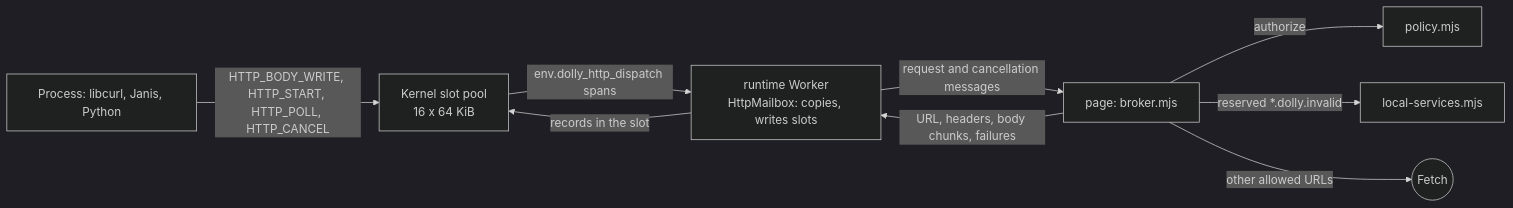
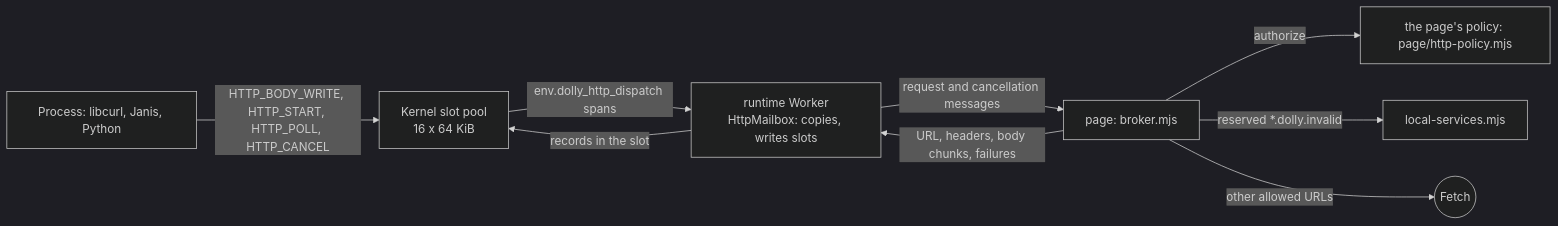
The diagram in docs/http.md (daugasauron/dolly), drawn with Mermaid (dark theme) before and after one commit. The commit also changed other lines of this file and 371 other files, not shown here.

````diff
--- a/docs/http.md
+++ b/docs/http.md
@@ -8,11 +8,11 @@
 ```mermaid
 flowchart LR
   prog["Process: libcurl, Janis, Python"] -- "HTTP_BODY_WRITE, HTTP_START, HTTP_POLL, HTTP_CANCEL" --> kernel["Kernel slot pool<br/>16 x 64 KiB"]
   kernel -- "env.dolly_http_dispatch spans" --> worker["runtime Worker<br/>HttpMailbox: copies, writes slots"]
   worker -- "request and cancellation messages" --> broker["page: broker.mjs"]
-  broker -- "authorize" --> policy["policy.mjs"]
+  broker -- "authorize" --> policy["the page's policy: page/http-policy.mjs"]
   broker -- "reserved *.dolly.invalid" --> local["local-services.mjs"]
   broker -- "other allowed URLs" --> fetch(("Fetch"))
   broker -- "URL, headers, body chunks, failures" --> worker
   worker -- "records in the slot" --> kernel
 ```
````
